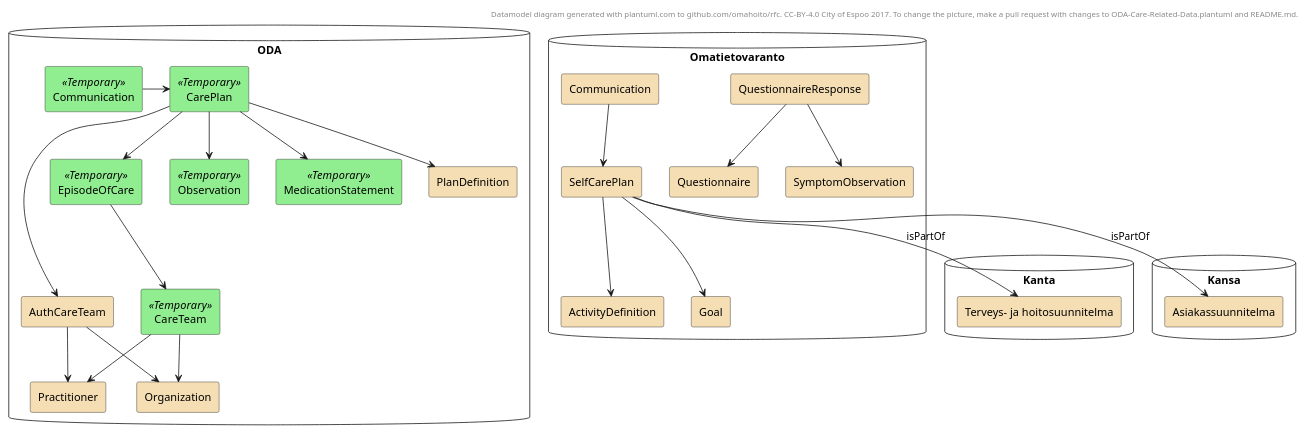
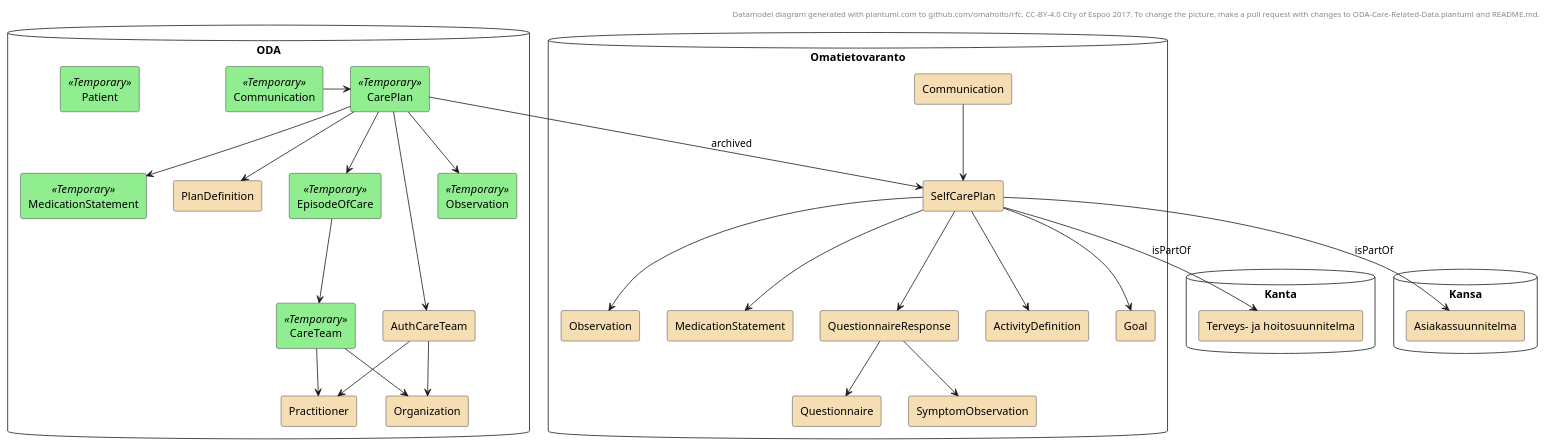
Before and after one commit to omahoito/rfc: the diagram in ODA-Care-Related-Data.plantuml, drawn with PlantUML. The commit also changed 1 other file, not shown here.

```diff
--- a/ODA-Care-Related-Data.plantuml
+++ b/ODA-Care-Related-Data.plantuml
@@ -1,75 +1,85 @@
 @startuml
 
 header
 Datamodel diagram generated with plantuml.com to github.com/omahoito/rfc. \
 CC-BY-4.0 City of Espoo 2017. \
 To change the picture, make a pull request with changes to ODA-Care-Related-Data.plantuml and README.md.
 endheader
+
 
 skinparam rectangle {
     BackgroundColor Wheat
 }
 
 skinparam rectangle {
 	BackgroundColor<<Temporary>> LightGreen
 }
 
 database ODA {
 
 rectangle PlanDefinition as odaplandefinition
 rectangle AuthCareTeam as odaauthteam
 rectangle CareTeam <<Temporary>> as odacareteam
 rectangle CarePlan <<Temporary>> as odacareplan
 rectangle EpisodeOfCare <<Temporary>> as odaeoc
 rectangle Practitioner
 rectangle Observation <<Temporary>> as odaobs
 rectangle MedicationStatement <<Temporary>> as odamed
 rectangle Organization as odaorg
 rectangle Communication <<Temporary>> as odacomment
+rectangle Patient <<Temporary>> as odapatient
 }
 
 odacareplan --> odaeoc
 odaeoc --> odacareteam
 odacareteam --> Practitioner
 odacareteam --> odaorg
 odacareplan --> odaauthteam
 odaauthteam --> Practitioner
 odacareplan --> odaobs
 odacareplan --> odamed
 odacareplan --> odaplandefinition
 odaauthteam --> odaorg
 odacomment -right-> odacareplan
 
 database Kanta {
 
 'rectangle Palvelutapahtuma
 rectangle "Terveys- ja hoitosuunnitelma" as ths
 } 
 
 database Kansa {
 rectangle Asiakassuunnitelma
 }
 
 
 database Omatietovaranto {
 
 rectangle SelfCarePlan as kelacareplan
 rectangle Questionnaire as q
 rectangle QuestionnaireResponse as qr
 rectangle ActivityDefinition as ac
 rectangle SymptomObservation as so
 rectangle Goal
+rectangle Observation as kelaobs
+rectangle MedicationStatement as kelamed
 rectangle Communication as kelacomment
 }
+
+kelacareplan --> kelaobs
+kelacareplan --> kelamed
+kelacareplan --> qr
+kelacomment --> kelacareplan
+odacareplan --> kelacareplan : archived
 
 'kelacareplan --> Palvelutapahtuma
 kelacareplan --> ac
 kelacareplan --> Goal
 kelacareplan --> ths : isPartOf
 kelacareplan --> Asiakassuunnitelma : isPartOf
-kelacomment --> kelacareplan
 qr --> so
 
 qr -down-> q
 
+
 @enduml
```
